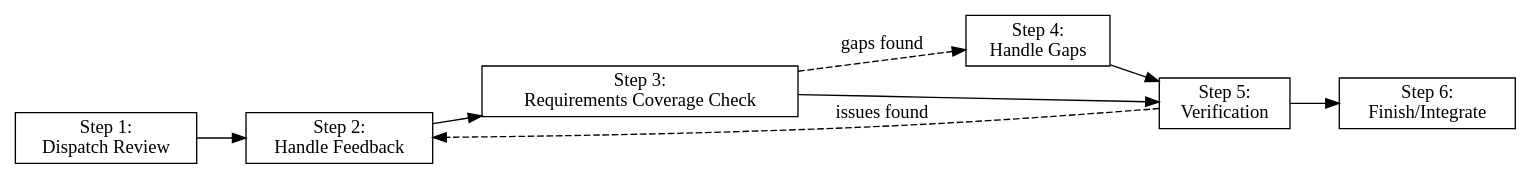
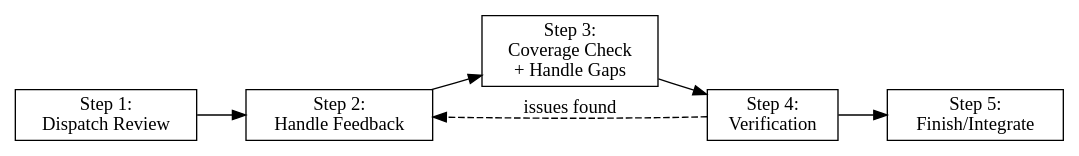
Before and after one commit to knotmark-ai/devmuse: the diagram in skills/craft-review/SKILL.md, drawn with Graphviz. The commit also changed 3 other files, not shown here.

````diff
--- a/skills/craft-review/SKILL.md
+++ b/skills/craft-review/SKILL.md
@@ -14,21 +14,18 @@
 ```dot
 digraph review_process {
     rankdir=LR;
     node [shape=box];
 
     dispatch [label="Step 1:\nDispatch Review"];
     feedback [label="Step 2:\nHandle Feedback"];
-    coverage [label="Step 3:\nRequirements Coverage Check"];
-    gaps [label="Step 4:\nHandle Gaps"];
-    verify [label="Step 5:\nVerification"];
-    finish [label="Step 6:\nFinish/Integrate"];
+    coverage [label="Step 3:\nCoverage Check\n+ Handle Gaps"];
+    verify [label="Step 4:\nVerification"];
+    finish [label="Step 5:\nFinish/Integrate"];
 
     dispatch -> feedback;
     feedback -> coverage;
-    coverage -> gaps [label="gaps found", style=dashed];
     coverage -> verify;
-    gaps -> verify;
     verify -> finish;
     verify -> feedback [label="issues found", style=dashed];
 }
 ```
````
